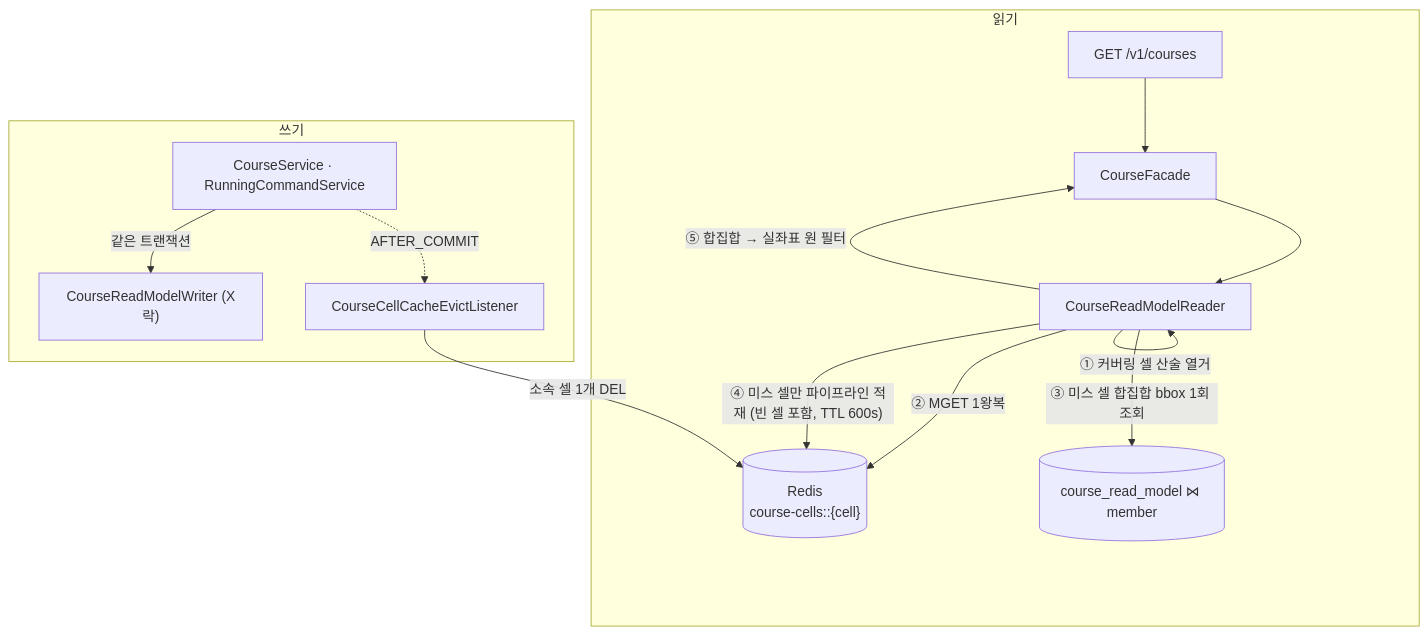
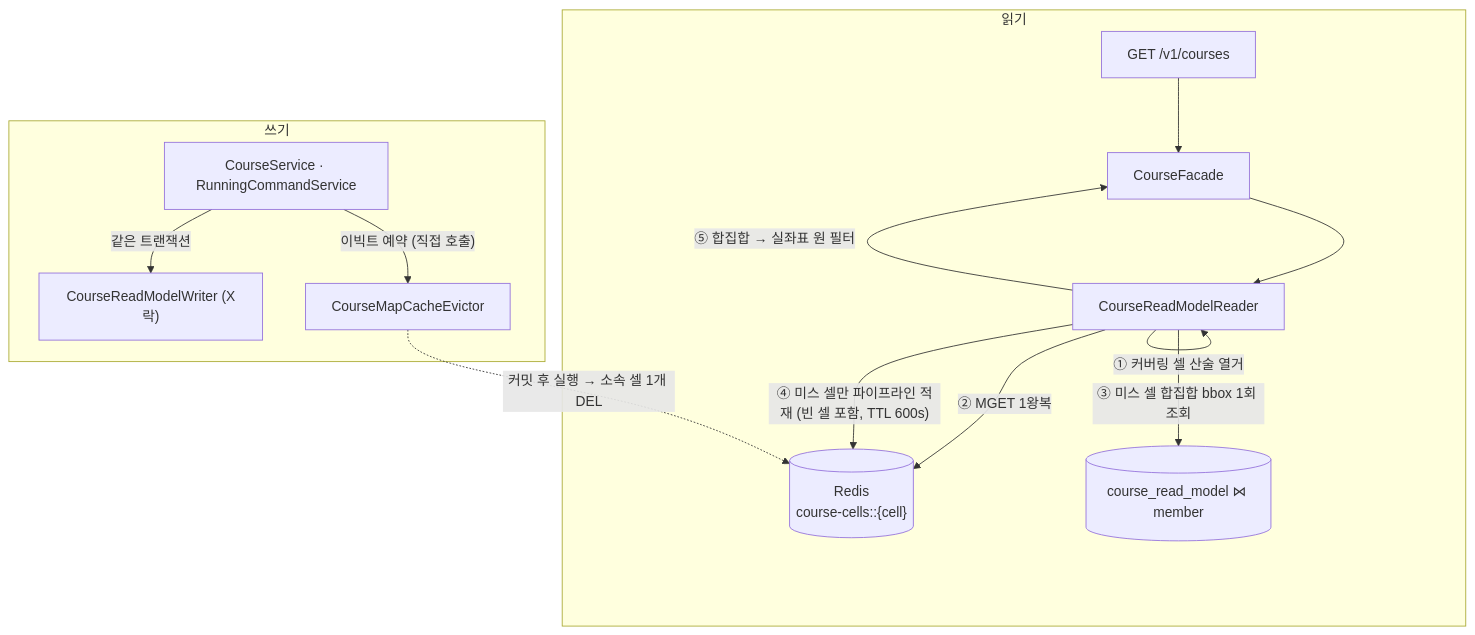
One commit to SGMRT/sgmrt-server changed the diagram in docs/design/course-cell-bucket-cache-design.md. Above: the diagram before and after it, drawn with Mermaid. The commit also changed other lines of this file and 2 other files, not shown here.

First line of the commit message:
[SGMR-X] 문서: 이빅트 직접 호출 전환 반영

````diff
--- a/docs/design/course-cell-bucket-cache-design.md
+++ b/docs/design/course-cell-bucket-cache-design.md
@@ -78,17 +80,17 @@
 ```mermaid
 flowchart TB
     subgraph READ["읽기"]
         API["GET /v1/courses"] --> F["CourseFacade"]
         F --> RD["CourseReadModelReader"]
         RD -->|"① 커버링 셀 산술 열거"| RD
         RD -->|"② MGET 1왕복"| RC[("Redis<br/>course-cells::{cell}")]
         RD -->|"③ 미스 셀 합집합 bbox 1회 조회"| RM[("course_read_model ⋈ member")]
         RD -->|"④ 미스 셀만 파이프라인 적재 (빈 셀 포함, TTL 600s)"| RC
         RD -->|"⑤ 합집합 → 실좌표 원 필터"| F
     end
     subgraph WRITE["쓰기"]
         W["CourseService · RunningCommandService"] -->|"같은 트랜잭션"| WM["CourseReadModelWriter (X락)"]
-        W -.->|"AFTER_COMMIT"| EV["CourseCellCacheEvictListener"]
-        EV -->|"소속 셀 1개 DEL"| RC
+        W -->|"이빅트 예약 (직접 호출)"| EV["CourseMapCacheEvictor"]
+        EV -.->|"커밋 후 실행 → 소속 셀 1개 DEL"| RC
     end
 ```
````
